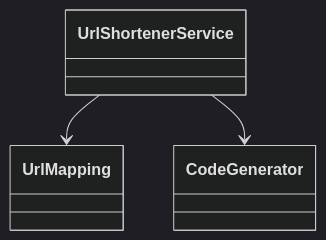
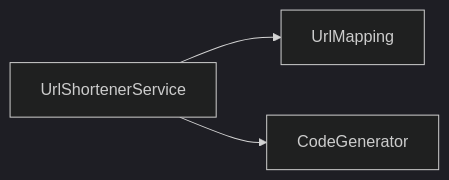
Diagram 50 of 58 in LLD_NOTES/lld_visual_java_reference.md (mthaiseer/springcloud-systemdesign-notes), drawn with Mermaid (dark theme) before and after one commit. The commit also changed other lines of this file, not shown here.

````diff
--- a/LLD_NOTES/lld_visual_java_reference.md
+++ b/LLD_NOTES/lld_visual_java_reference.md
@@ -2186,8 +2186,8 @@
 ```mermaid
-classDiagram
-  class UrlShortenerService
-  class UrlMapping
-  class CodeGenerator
+flowchart LR
+  UrlShortenerService[UrlShortenerService]
+  UrlMapping[UrlMapping]
+  CodeGenerator[CodeGenerator]
   UrlShortenerService --> UrlMapping
   UrlShortenerService --> CodeGenerator
 ```
````
